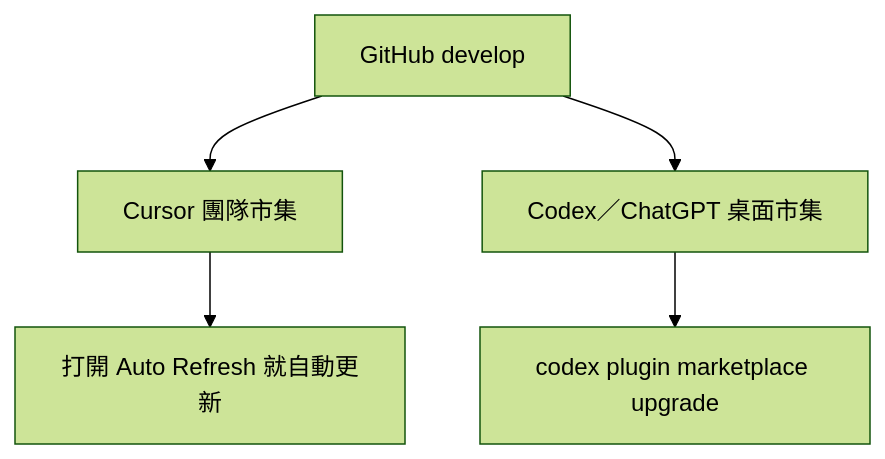
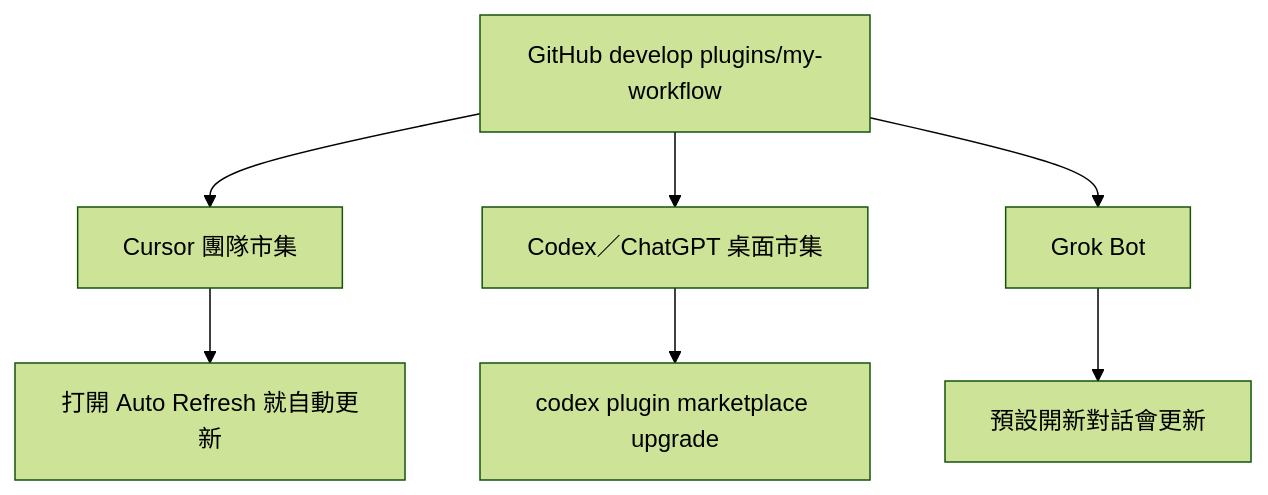
Before and after one commit to VECTOR-COOL/my-agent-toolkit: the diagram in plugins/my-workflow/README.md, drawn with Mermaid (forest theme). The commit also changed other lines of this file, not shown here.

First line of the commit message:
docs(plugin): 安裝圖補上 Grok Bot

````diff
--- a/plugins/my-workflow/README.md
+++ b/plugins/my-workflow/README.md
@@ -13,7 +13,9 @@
 ```mermaid
 graph TD
-  GH["GitHub develop"] --> Cursor["Cursor 團隊市集"]
+  GH["GitHub develop plugins/my-workflow"] --> Cursor["Cursor 團隊市集"]
   GH --> Codex["Codex／ChatGPT 桌面市集"]
+  GH --> Grok["Grok Bot"]
   Cursor --> Auto["打開 Auto Refresh 就自動更新"]
   Codex --> Up["codex plugin marketplace upgrade"]
+  Grok --> GrokUp["預設開新對話會更新"]
 ```
````
